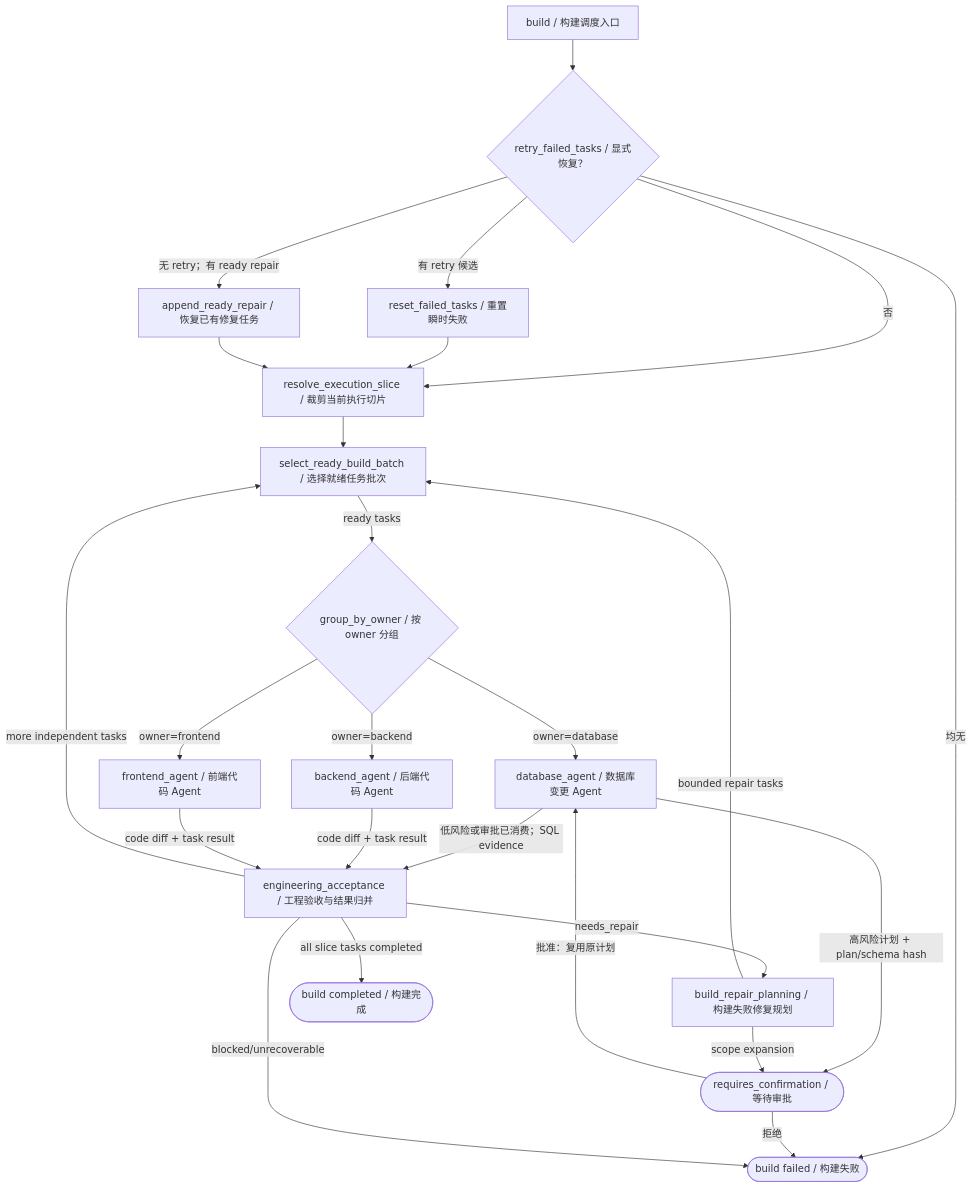
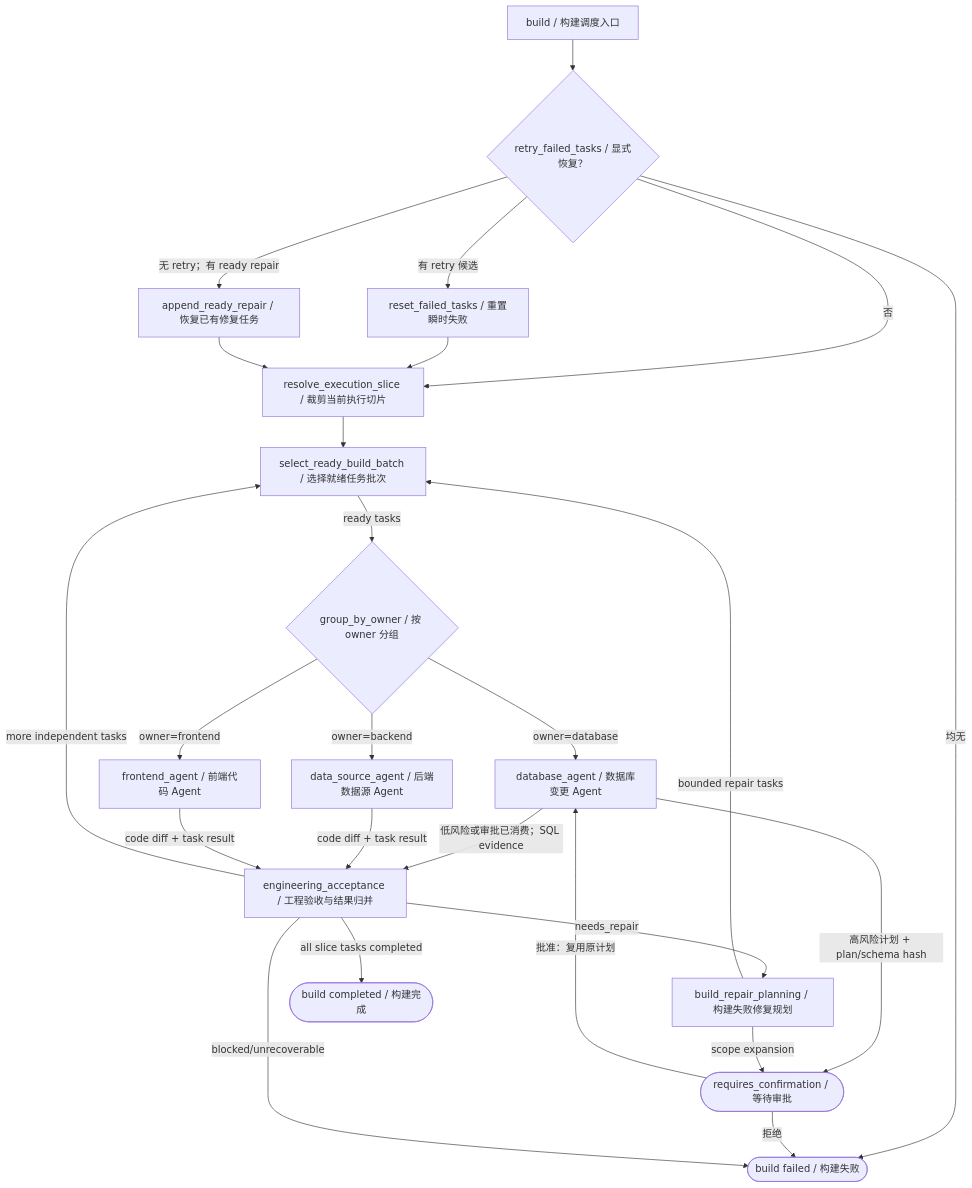
Before and after one commit to YYYWYF/XCodeAgent: the sixth of 11 diagrams in docs/XCODEAGENT_COMPLETE_WORKFLOW.md, drawn with Mermaid. The commit also changed other lines of this file and 7 other files, not shown here.

````diff
--- a/docs/XCODEAGENT_COMPLETE_WORKFLOW.md
+++ b/docs/XCODEAGENT_COMPLETE_WORKFLOW.md
@@ -384,41 +412,41 @@
 ```mermaid
 flowchart TD
     B0["build / 构建调度入口"]
     R0{"retry_failed_tasks / 显式恢复？"}
     R1["reset_failed_tasks / 重置瞬时失败"]
     R2["append_ready_repair / 恢复已有修复任务"]
     B1["resolve_execution_slice / 裁剪当前执行切片"]
     B2["select_ready_build_batch / 选择就绪任务批次"]
     B3{"group_by_owner / 按 owner 分组"}
     DB["database_agent / 数据库变更 Agent"]
-    BE["backend_agent / 后端代码 Agent"]
+    BE["data_source_agent / 后端数据源 Agent"]
     FE["frontend_agent / 前端代码 Agent"]
     V["engineering_acceptance / 工程验收与结果归并"]
     RP["build_repair_planning / 构建失败修复规划"]
     PAUSE(["requires_confirmation / 等待审批"])
     DONE(["build completed / 构建完成"])
     FAIL(["build failed / 构建失败"])
 
     B0 --> R0
     R0 -->|"否"| B1
     R0 -->|"有 retry 候选"| R1 --> B1
     R0 -->|"无 retry；有 ready repair"| R2 --> B1
     R0 -->|"均无"| FAIL
     B1 --> B2
     B2 -->|"ready tasks"| B3
     B3 -->|"owner=database"| DB
     B3 -->|"owner=backend"| BE
     B3 -->|"owner=frontend"| FE
     DB -->|"低风险或审批已消费；SQL evidence"| V
     DB -->|"高风险计划 + plan/schema hash"| PAUSE
     PAUSE -->|"批准：复用原计划"| DB
     PAUSE -->|"拒绝"| FAIL
     BE -->|"code diff + task result"| V
     FE -->|"code diff + task result"| V
     V -->|"more independent tasks"| B2
     V -->|"needs_repair"| RP
     RP -->|"bounded repair tasks"| B2
     RP -->|"scope expansion"| PAUSE
     V -->|"all slice tasks completed"| DONE
     V -->|"blocked/unrecoverable"| FAIL
 ```
````
